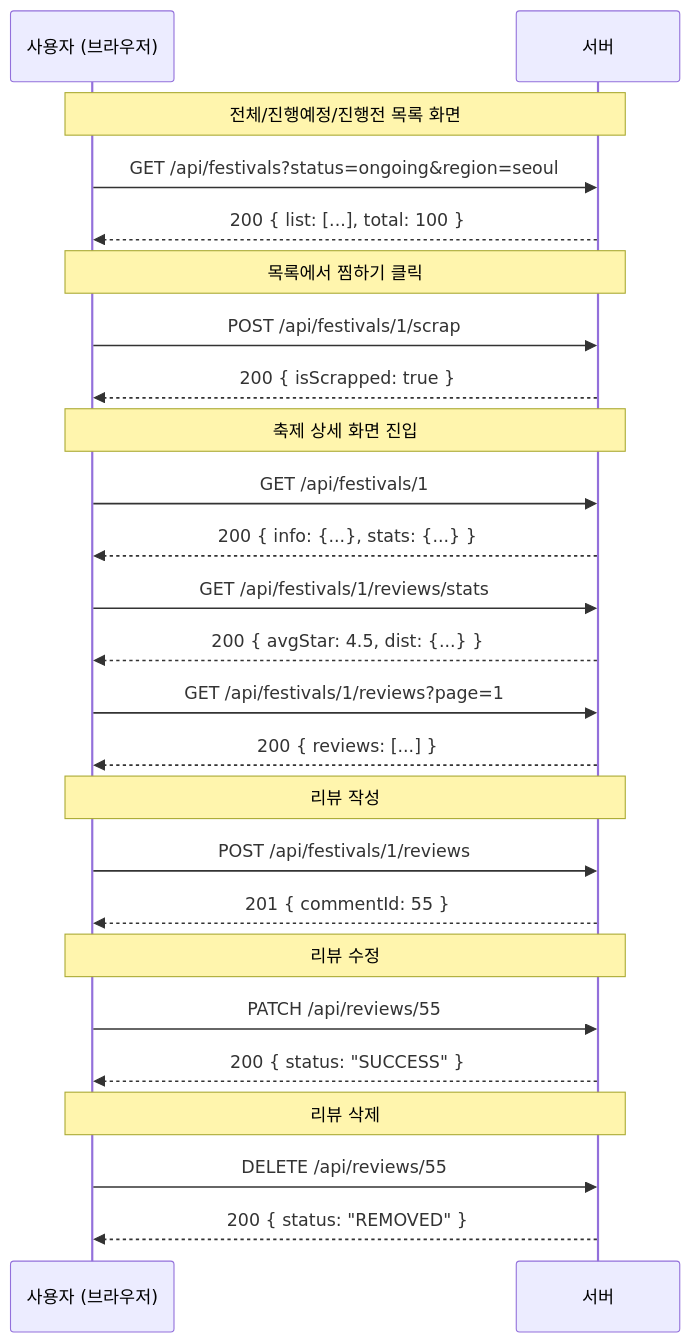
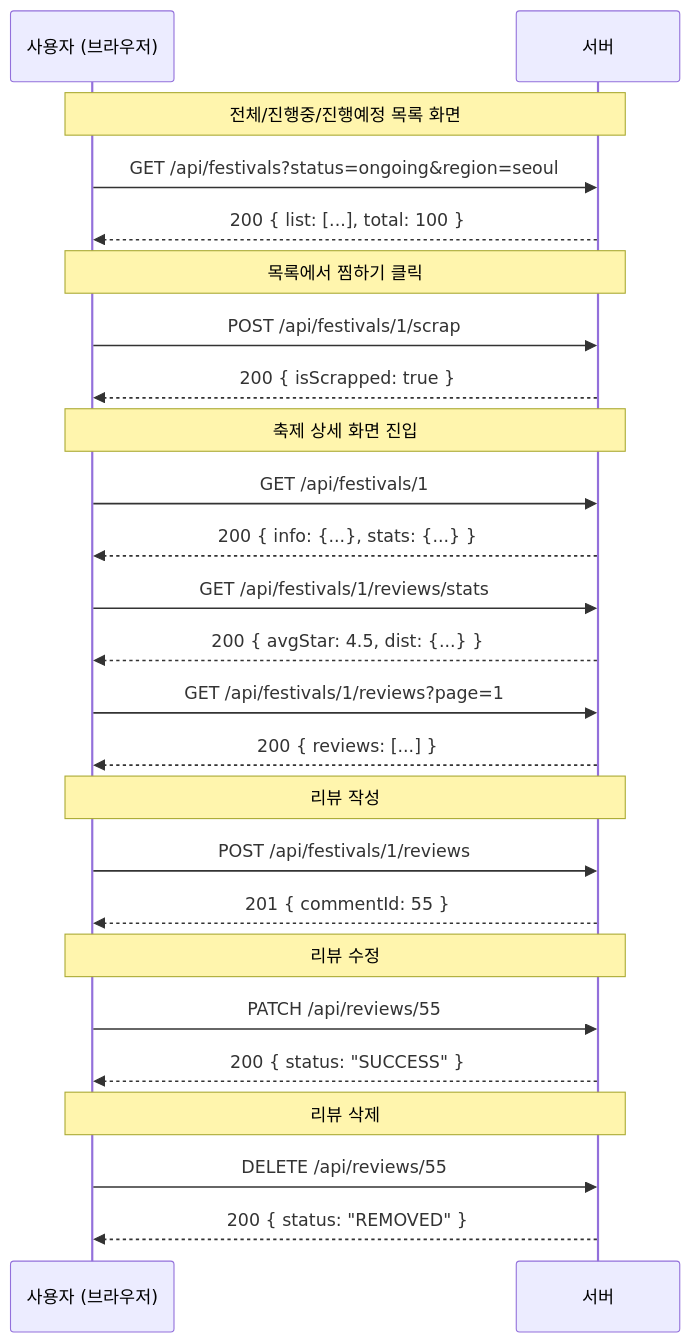
The diagram in docs/api_spec/API_명세서_축제.md (newlecture-ibm2/team2-ieum), drawn with Mermaid before and after one commit. The commit also changed other lines of this file and 14 other files, not shown here.

Commit message:
fix(festival): 축제 진행 상태 텍스트(진행중, 진행예정) 워딩 수정 및 코드 포맷팅

````diff
--- a/docs/api_spec/API_명세서_축제.md
+++ b/docs/api_spec/API_명세서_축제.md
@@ -606,33 +606,33 @@
 ```mermaid
 sequenceDiagram
     participant U as 사용자 (브라우저)
     participant S as 서버
 
-    Note over U,S: 전체/진행예정/진행전 목록 화면
+    Note over U,S: 전체/진행중/진행예정 목록 화면
     U->>S: GET /api/festivals?status=ongoing&region=seoul
     S-->>U: 200 { list: [...], total: 100 }
 
     Note over U,S: 목록에서 찜하기 클릭
     U->>S: POST /api/festivals/1/scrap
     S-->>U: 200 { isScrapped: true }
 
     Note over U,S: 축제 상세 화면 진입
     U->>S: GET /api/festivals/1
     S-->>U: 200 { info: {...}, stats: {...} }
     U->>S: GET /api/festivals/1/reviews/stats
     S-->>U: 200 { avgStar: 4.5, dist: {...} }
     U->>S: GET /api/festivals/1/reviews?page=1
     S-->>U: 200 { reviews: [...] }
 
     Note over U,S: 리뷰 작성
     U->>S: POST /api/festivals/1/reviews
     S-->>U: 201 { commentId: 55 }
 
     Note over U,S: 리뷰 수정
     U->>S: PATCH /api/reviews/55
     S-->>U: 200 { status: "SUCCESS" }
 
     Note over U,S: 리뷰 삭제
     U->>S: DELETE /api/reviews/55
     S-->>U: 200 { status: "REMOVED" }
 ```
````
